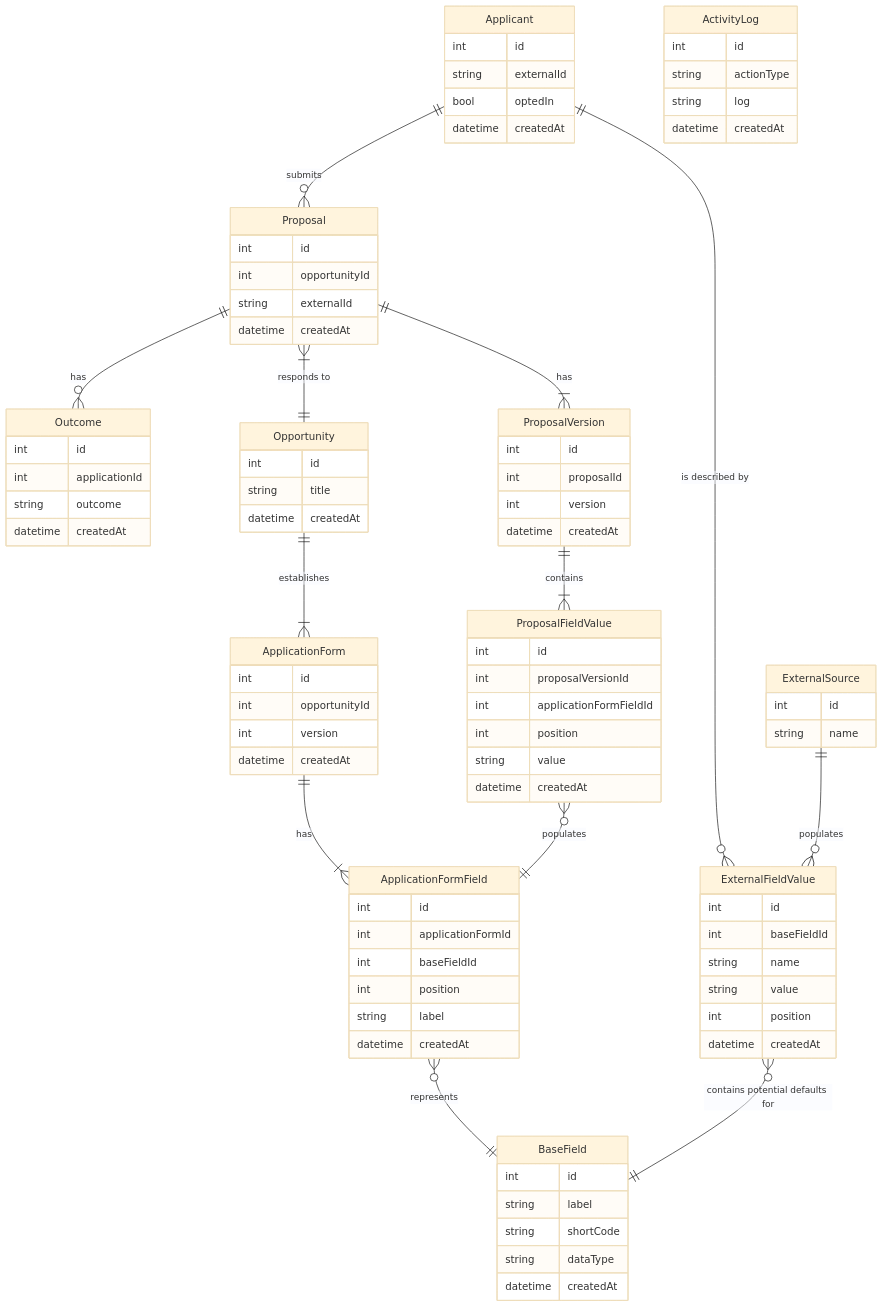
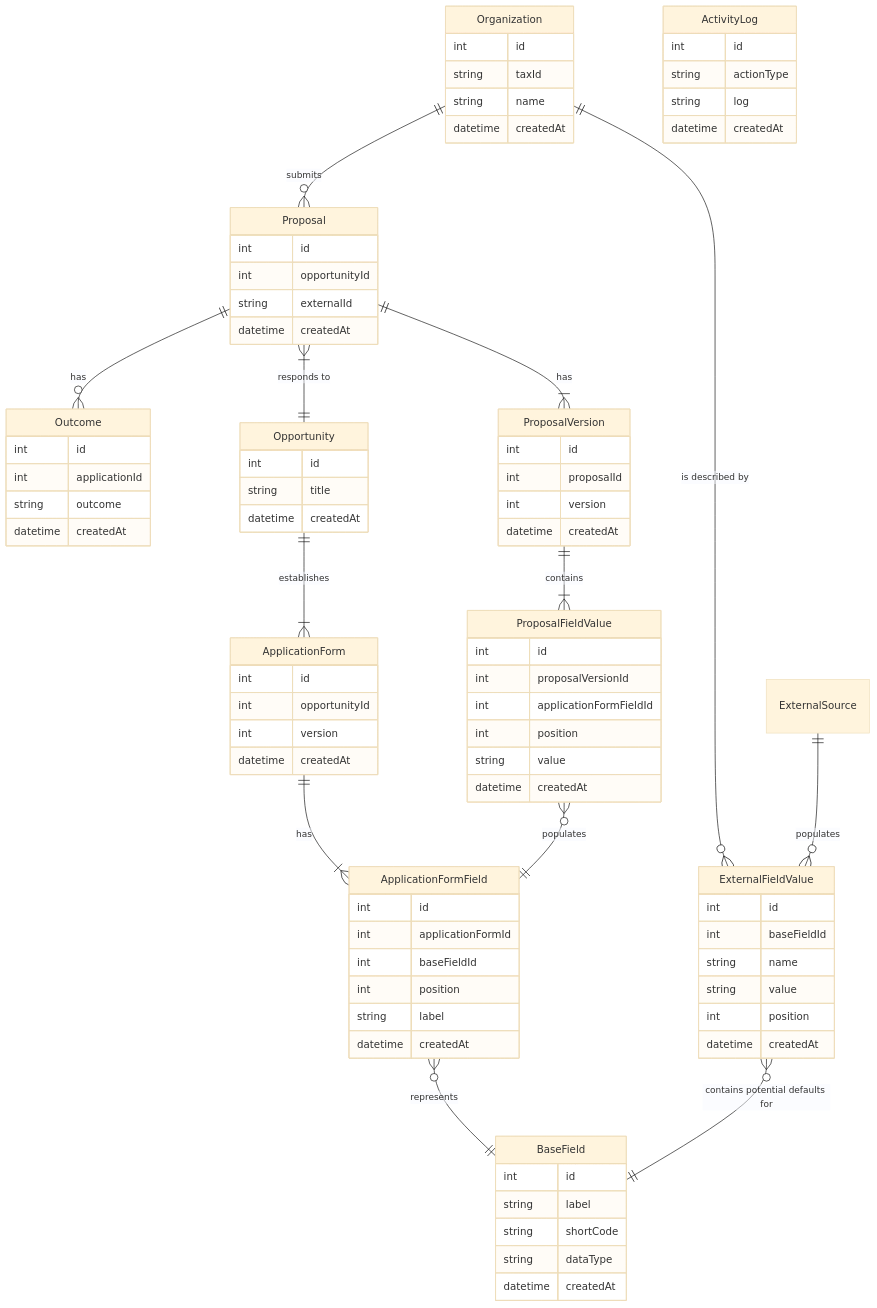
One commit to PhilanthropyDataCommons/service changed the first of 4 diagrams in docs/ENTITY_RELATIONSHIP_DIAGRAM.md. Above: the diagram before and after it, drawn with Mermaid (base theme).

Commit message:
Correct entity relationship diagram
We replaced "Applicant" with "Organization" in an earlier commit and
forgot to update the documentation.  This fixes that mistake.

````diff
--- a/docs/ENTITY_RELATIONSHIP_DIAGRAM.md
+++ b/docs/ENTITY_RELATIONSHIP_DIAGRAM.md
@@ -11,15 +11,11 @@
     string dataType
     datetime createdAt
   }
-  Applicant {
+  Organization {
     int id
-    string externalId
-    bool optedIn
+    string taxId
+    string name
     datetime createdAt
-  }
-  ExternalSource {
-    int id
-    string name
   }
   Proposal {
     int id
@@ -81,7 +77,7 @@
     datetime createdAt
   }
 
-  Applicant ||--o{ Proposal : submits
+  Organization ||--o{ Proposal : submits
   Proposal }|--|| Opportunity : "responds to"
   Opportunity ||--|{ ApplicationForm : establishes
   Proposal ||--o{ Outcome : "has"
@@ -90,7 +86,7 @@
   Proposal ||--|{ ProposalVersion : has
   ProposalVersion ||--|{ ProposalFieldValue : contains
   ProposalFieldValue }o--|| ApplicationFormField : populates
-  Applicant ||--o{ ExternalFieldValue : "is described by"
+  Organization ||--o{ ExternalFieldValue : "is described by"
   ExternalFieldValue }o--|| BaseField : "contains potential defaults for"
   ExternalSource ||--o{ ExternalFieldValue : "populates"
 ```
````
